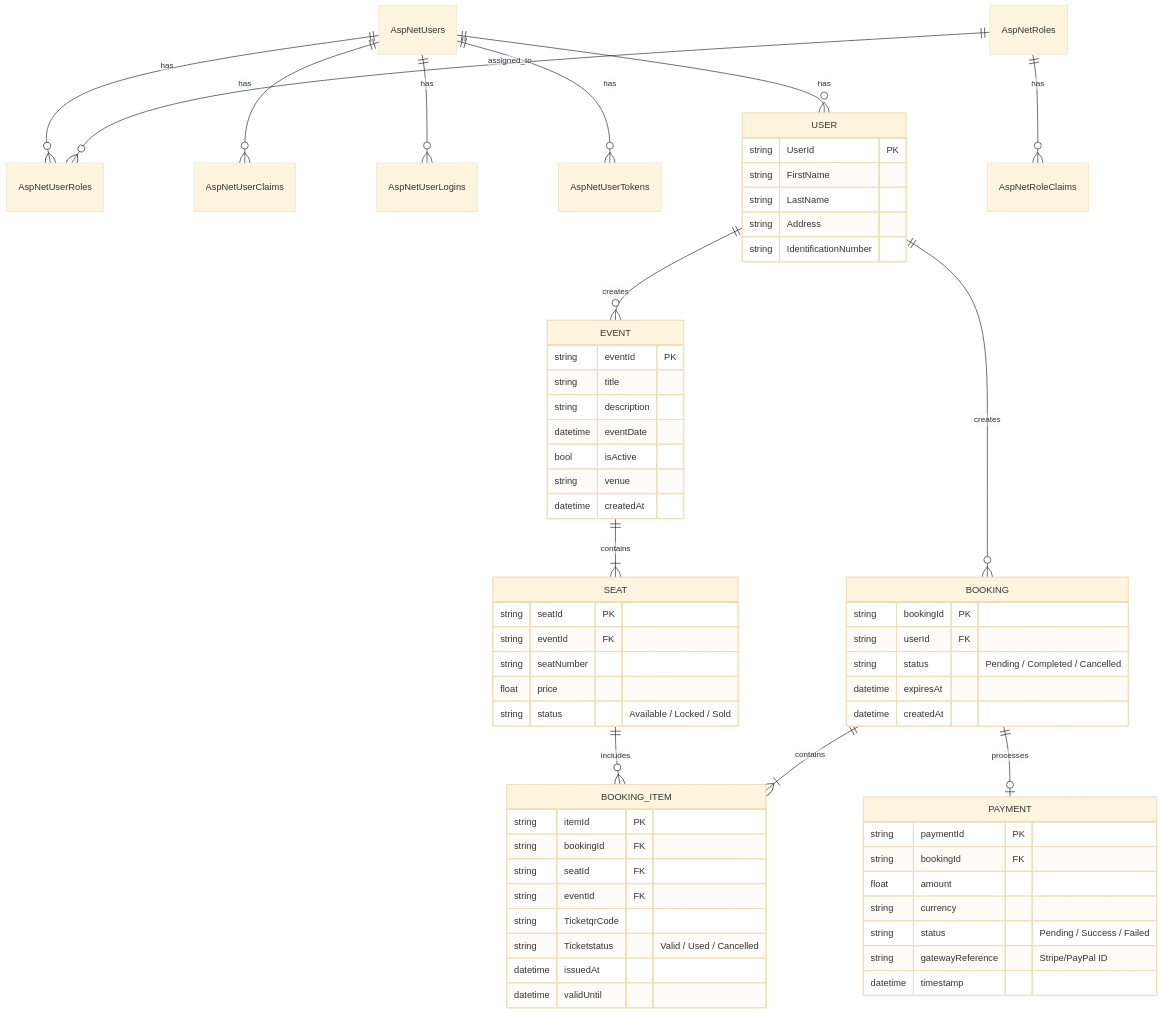
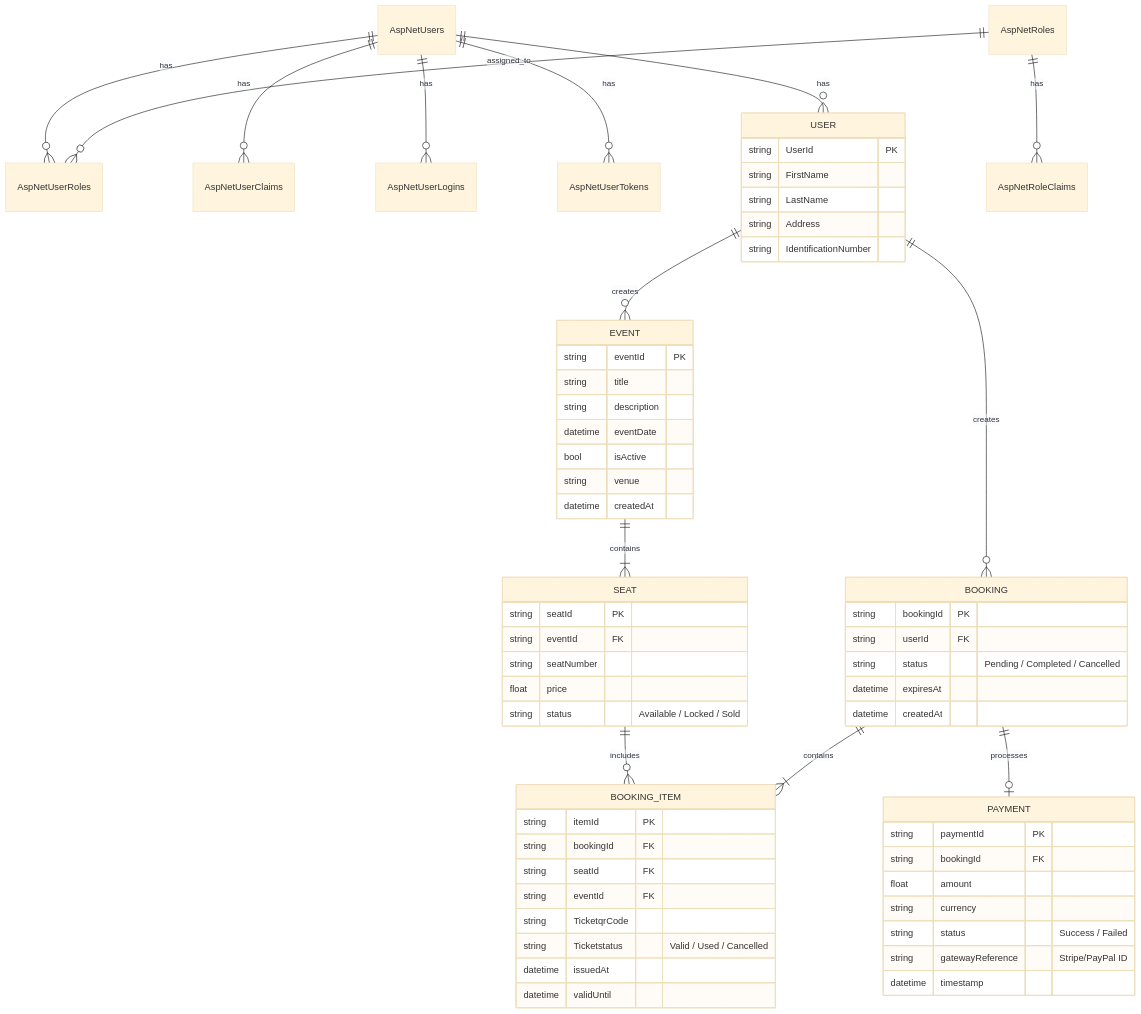
Before and after one commit to gcuatem/dotnet-intermediate: the diagram in task2/ER-Diagram.md, drawn with Mermaid (base theme).

Commit message:
ER Diagram updated

````diff
--- a/task2/ER-Diagram.md
+++ b/task2/ER-Diagram.md
@@ -1,83 +1,83 @@
 ```mermaid
 erDiagram
     AspNetUsers ||--o{ AspNetUserRoles : has
     AspNetRoles ||--o{ AspNetUserRoles : assigned_to
     
     AspNetUsers ||--o{ AspNetUserClaims : has
     AspNetUsers ||--o{ AspNetUserLogins : has
     AspNetUsers ||--o{ AspNetUserTokens : has
     AspNetUsers ||--o{ USER : has
     
     AspNetRoles ||--o{ AspNetRoleClaims : has
 
     USER ||--o{ EVENT : creates
     USER ||--o{ BOOKING : creates
 
     
     
     EVENT ||--|{ SEAT : contains
     
     
     SEAT ||--o{ BOOKING_ITEM : includes
     
     
     BOOKING ||--|{ BOOKING_ITEM : contains
     BOOKING ||--o| PAYMENT : processes
     
     USER {
 
         string UserId PK
         string FirstName
         string LastName
         string Address
         string IdentificationNumber
     }
 
     EVENT {
         string eventId PK
         string title
         string description
         datetime eventDate
         bool isActive
         string venue
         datetime createdAt
     }
 
     SEAT {
         string seatId PK
         string eventId FK
         string seatNumber
         float price
         string status "Available / Locked / Sold"
     }
 
     BOOKING {
         string bookingId PK
         string userId FK
         string status " Pending / Completed / Cancelled"
         datetime expiresAt 
         datetime createdAt
     }
 
     BOOKING_ITEM {
         string itemId PK
         string bookingId FK
         string seatId FK
         string eventId FK
         string TicketqrCode
         string Ticketstatus "Valid / Used / Cancelled"
         datetime issuedAt
         datetime validUntil
     }
 
     PAYMENT {
         string paymentId PK
         string bookingId FK
         float amount
         string currency
-        string status "Pending / Success / Failed"
+        string status "Success / Failed"
         string gatewayReference "Stripe/PayPal ID"
         datetime timestamp
     }
 
 ```
````
